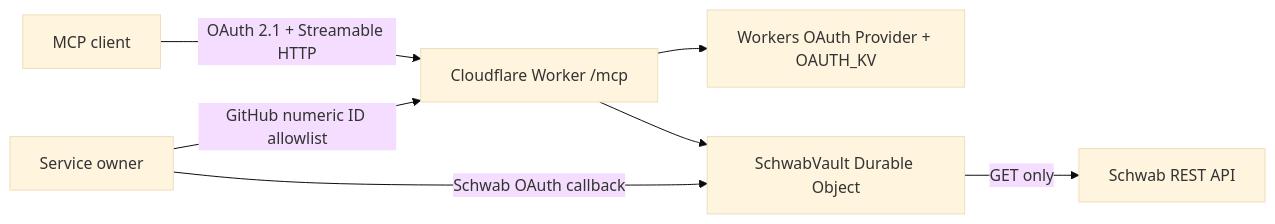
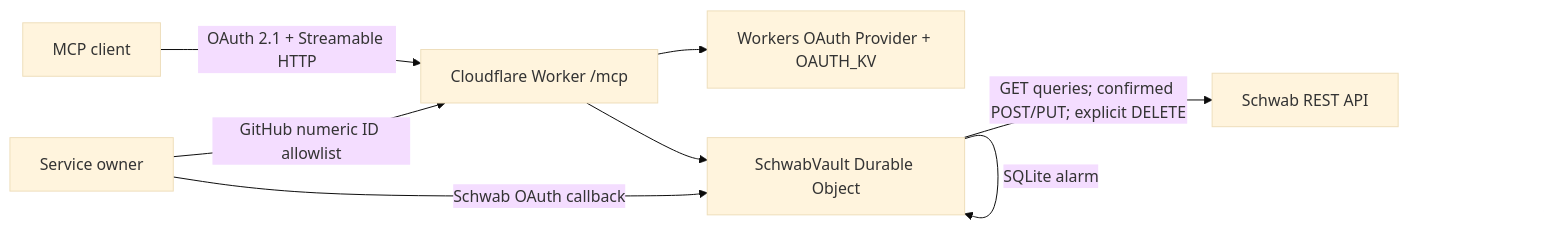
Before and after one commit to chensirui2008/schwab-mcp: the diagram in README.md, drawn with Mermaid (base theme). The commit also changed other lines of this file and 14 other files, not shown here.

Commit message:
feat: add confirmed Schwab trading workflows

````diff
--- a/README.md
+++ b/README.md
@@ -28,9 +79,10 @@
 ```mermaid
 flowchart LR
   C[MCP client] -->|OAuth 2.1 + Streamable HTTP| W[Cloudflare Worker /mcp]
   W --> O[Workers OAuth Provider + OAUTH_KV]
   W --> V[SchwabVault Durable Object]
-  V -->|GET only| S[Schwab REST API]
+  V -->|GET queries; confirmed POST/PUT; explicit DELETE| S[Schwab REST API]
+  V -->|SQLite alarm| V
   U[Service owner] -->|GitHub numeric ID allowlist| W
   U -->|Schwab OAuth callback| V
 ```
````
